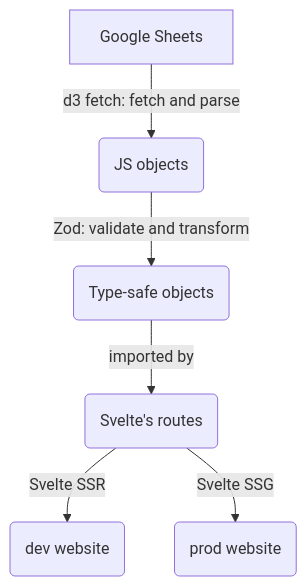
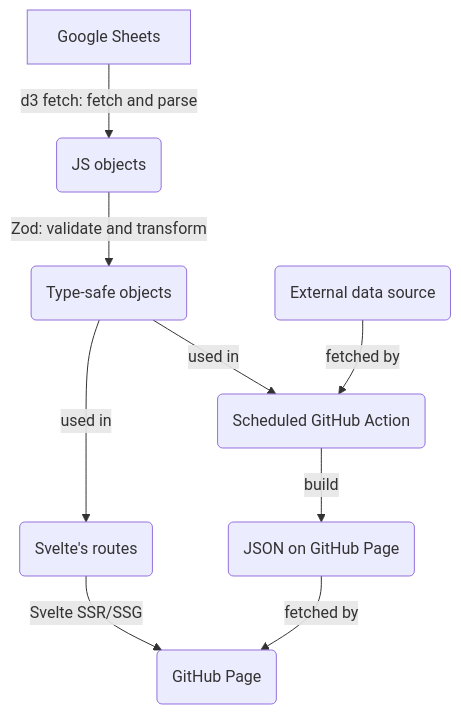
One commit to wevisdemo/parliament-watch changed the diagram in README.md. Above: the diagram before and after it, drawn with Mermaid. The commit also changed other lines of this file, not shown here.

````diff
--- a/README.md
+++ b/README.md
@@ -151,8 +153,11 @@
 ```mermaid
 flowchart TD
     A[Google Sheets] -->|d3 fetch: fetch and parse| B(JS objects)
     B --> |Zod: validate and transform| C(Type-safe objects)
-    C --> |imported by| D(Svelte's routes)
-    D --> |Svelte SSR| E(dev website)
-    D --> |Svelte SSG| F(prod website)
+    C --> |used in| D(Svelte's routes)
+    D --> |Svelte SSR/SSG| E(dev/prod website)
+    C --> |used in| G(Scheduled GitHub Action)
+    F(External data source) --> |fetched by| G
+    G --> |build| H(JSON on GitHub Page)
+    H --> |fetched by| E(GitHub Page)
 ```
````
